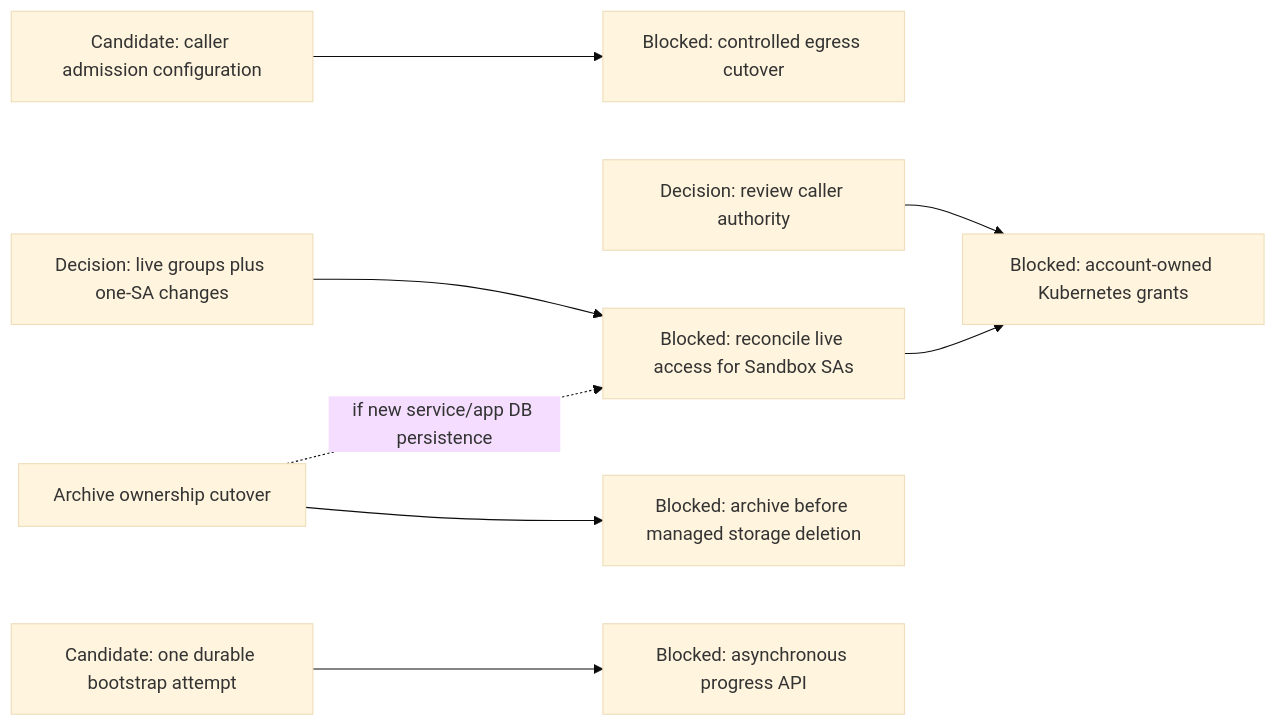
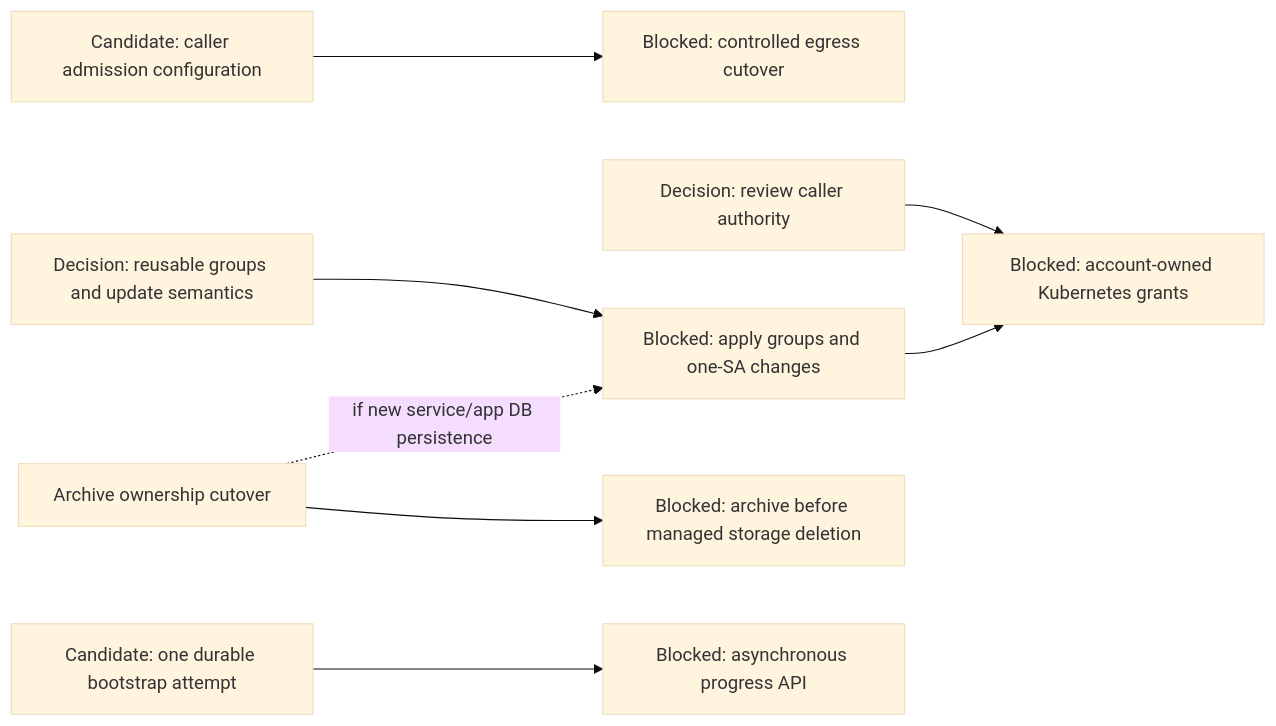
One commit to agentydragon-agent/ducktape changed the seventh of 7 diagrams in agentplane/plans/task_dag.md. Above: the diagram before and after it, drawn with Mermaid (base theme). The commit also changed other lines of this file, not shown here.

Commit message:
Allow snapshot expansion of reusable Kubernetes grant groups

````diff
--- a/agentplane/plans/task_dag.md
+++ b/agentplane/plans/task_dag.md
@@ -683,10 +683,10 @@
 ```mermaid
 flowchart LR
     PC_EGRESS_CREDENTIALS[Candidate: caller admission configuration] --> PC_EGRESS[Blocked: controlled egress cutover]
     CLAUDE_AI_SA[Decision: review caller authority] --> MANAGED_SA_RBAC[Blocked: account-owned Kubernetes grants]
-    KUBERNETES_RBAC_POLICIES[Decision: live groups plus one-SA changes] --> KUBERNETES_RBAC_POLICY_BINDINGS[Blocked: reconcile live access for Sandbox SAs]
+    KUBERNETES_RBAC_POLICIES[Decision: reusable groups and update semantics] --> KUBERNETES_RBAC_POLICY_BINDINGS[Blocked: apply groups and one-SA changes]
     KUBERNETES_RBAC_POLICY_BINDINGS --> MANAGED_SA_RBAC
     THREAD_ARCHIVE_OWNERSHIP[Archive ownership cutover] -. if new service/app DB persistence .-> KUBERNETES_RBAC_POLICY_BINDINGS
     BOOTSTRAP_ATTEMPT_RECEIPT[Candidate: one durable bootstrap attempt] --> BOOTSTRAP_PROGRESS_CONTRACT[Blocked: asynchronous progress API]
     THREAD_ARCHIVE_OWNERSHIP[Archive ownership cutover] --> SANDBOX_LIFECYCLE_DURABILITY[Blocked: archive before managed storage deletion]
 ```
````
